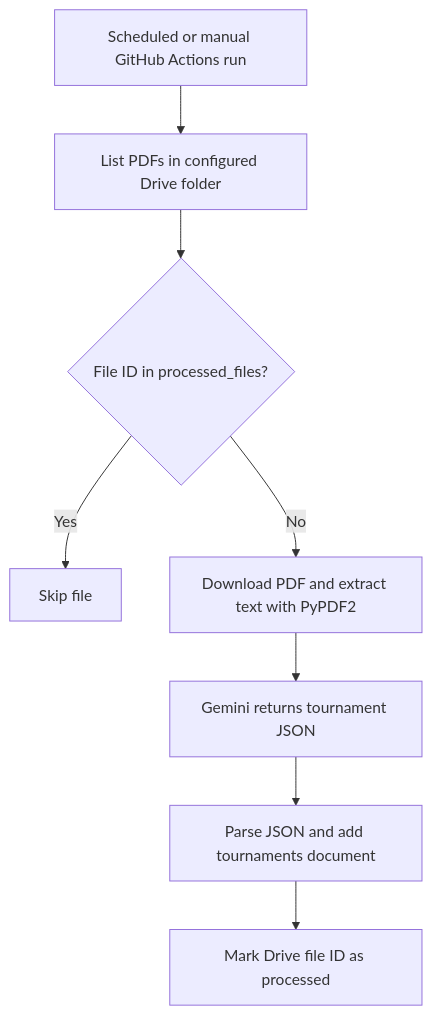
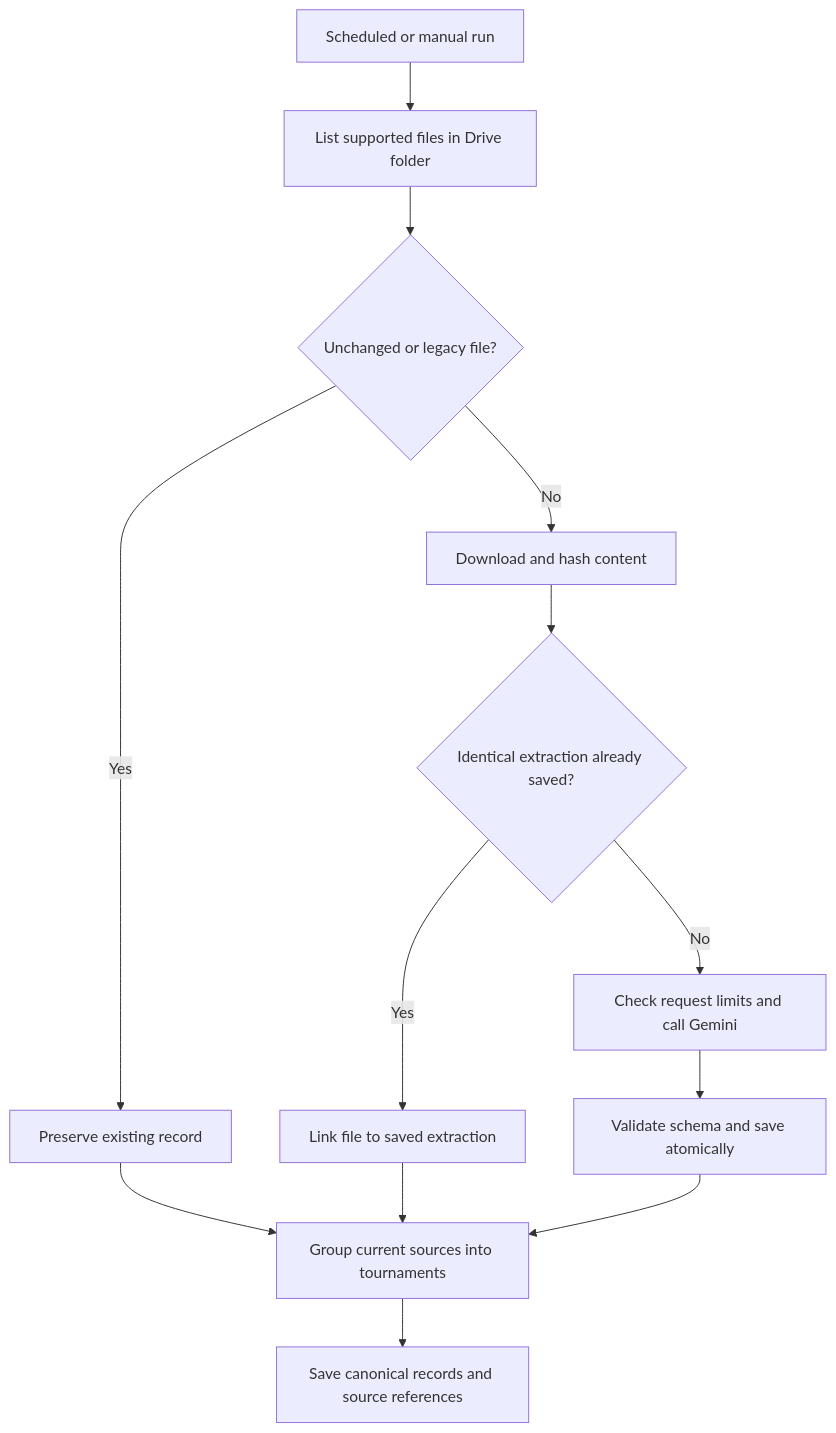
One commit to amax-123/pickle-db changed the diagram in README.md. Above: the diagram before and after it, drawn with Mermaid. The commit also changed other lines of this file, not shown here.

````diff
--- a/README.md
+++ b/README.md
@@ -20,10 +23,15 @@
 ```mermaid
 flowchart TD
-    A["Scheduled or manual GitHub Actions run"] --> B["List PDFs in configured Drive folder"]
-    B --> C{"File ID in processed_files?"}
-    C -- Yes --> D["Skip file"]
-    C -- No --> E["Download PDF and extract text with PyPDF2"]
-    E --> F["Gemini returns tournament JSON"]
-    F --> G["Parse JSON and add tournaments document"]
-    G --> H["Mark Drive file ID as processed"]
+    A["Scheduled or manual run"] --> B["List supported files in Drive folder"]
+    B --> C{"Unchanged or legacy file?"}
+    C -- Yes --> D["Preserve existing record"]
+    C -- No --> E["Download and hash content"]
+    E --> F{"Identical extraction already saved?"}
+    F -- Yes --> G["Link file to saved extraction"]
+    F -- No --> H["Check request limits and call Gemini"]
+    H --> I["Validate schema and save atomically"]
+    D --> J["Group current sources into tournaments"]
+    G --> J
+    I --> J
+    J --> K["Save canonical records and source references"]
 ```
````
